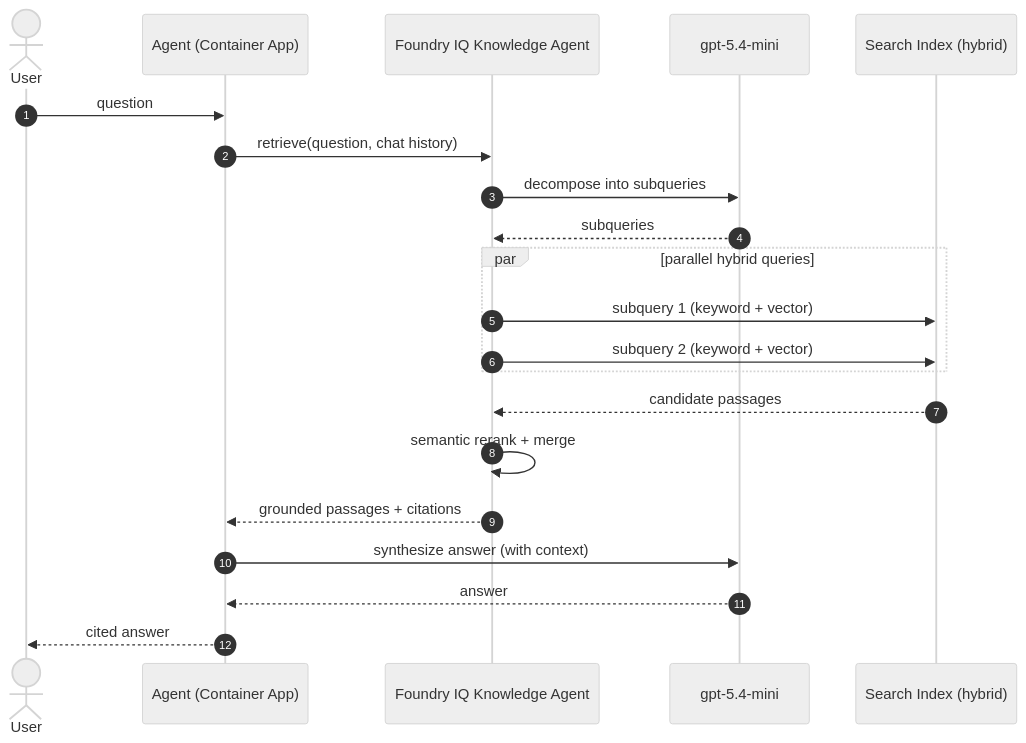
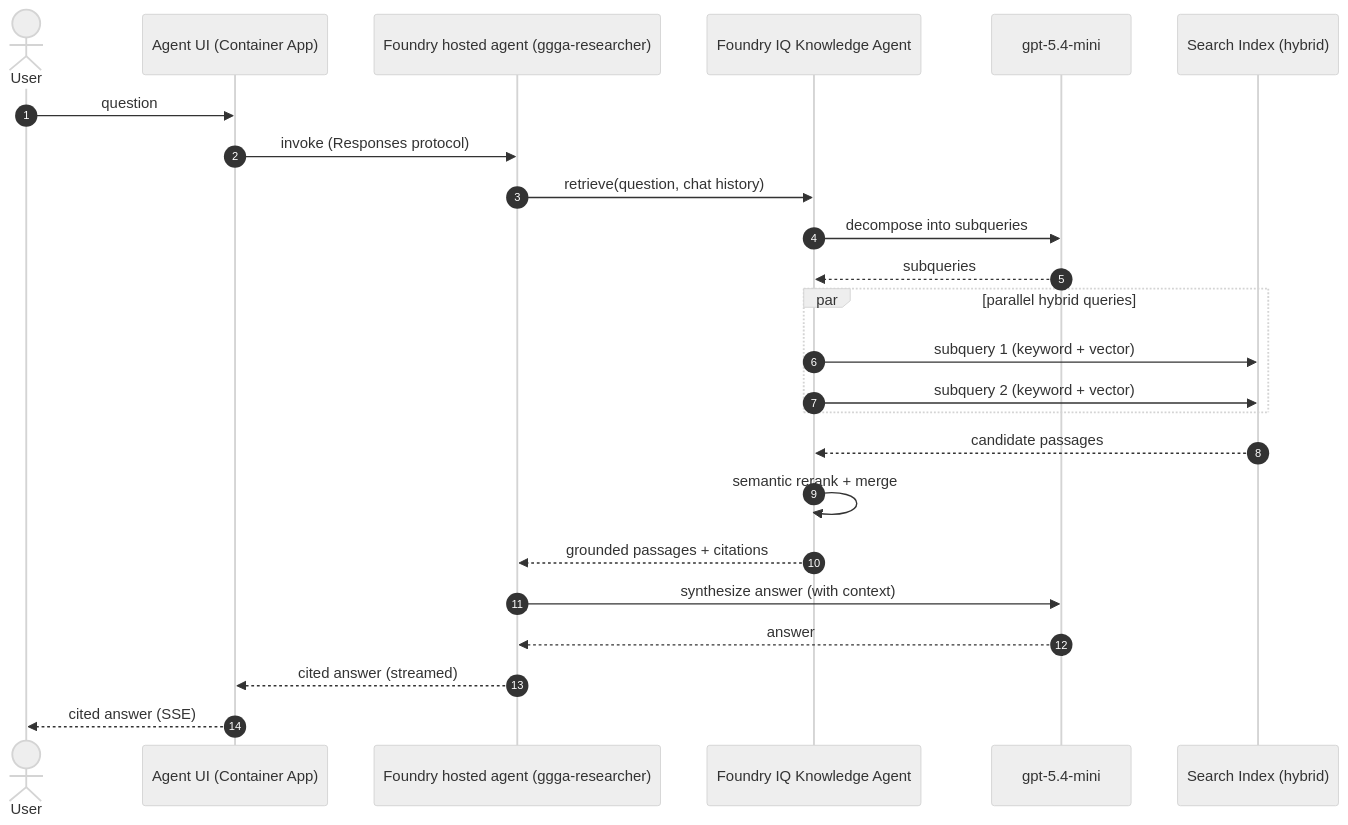
Before and after one commit to aionic/Go-Go-Gadget-Agents: the second of 2 diagrams in docs/data-flow.md, drawn with Mermaid (neutral theme). The commit also changed 40 other files, not shown here.

First line of the commit message:
Add hosted Foundry agents + UI Responses orchestration; fix UI agent-invocation RBAC; docs refresh

````diff
--- a/docs/data-flow.md
+++ b/docs/data-flow.md
@@ -34,24 +34,27 @@
 ```mermaid
 sequenceDiagram
   autonumber
   actor User
-  participant Agent as Agent (Container App)
+  participant UI as Agent UI (Container App)
+  participant Agent as Foundry hosted agent (ggga-researcher)
   participant KA as Foundry IQ Knowledge Agent
   participant LLM as gpt-5.4-mini
   participant Index as Search Index (hybrid)
 
-  User->>Agent: question
+  User->>UI: question
+  UI->>Agent: invoke (Responses protocol)
   Agent->>KA: retrieve(question, chat history)
   KA->>LLM: decompose into subqueries
   LLM-->>KA: subqueries
   par parallel hybrid queries
     KA->>Index: subquery 1 (keyword + vector)
     KA->>Index: subquery 2 (keyword + vector)
   end
   Index-->>KA: candidate passages
   KA->>KA: semantic rerank + merge
   KA-->>Agent: grounded passages + citations
   Agent->>LLM: synthesize answer (with context)
   LLM-->>Agent: answer
-  Agent-->>User: cited answer
+  Agent-->>UI: cited answer (streamed)
+  UI-->>User: cited answer (SSE)
 ```
````
